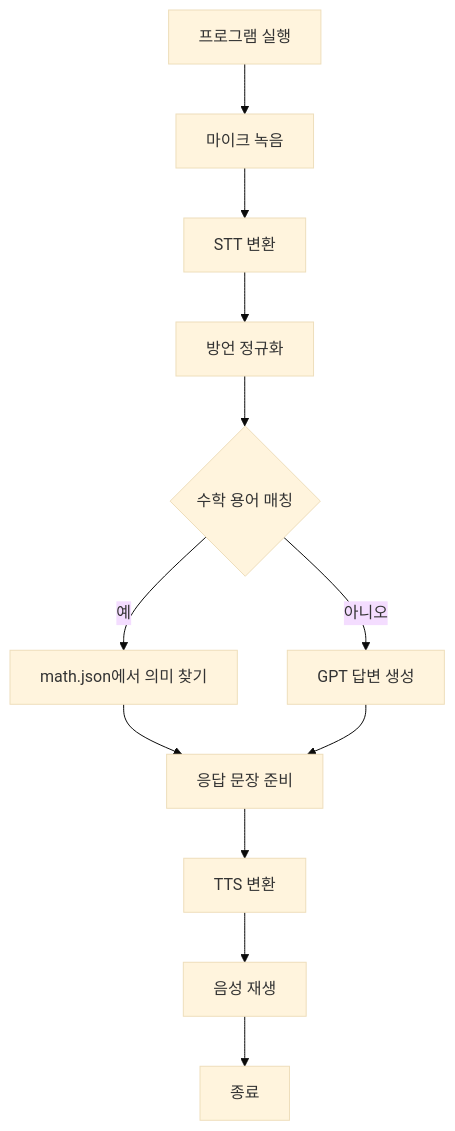
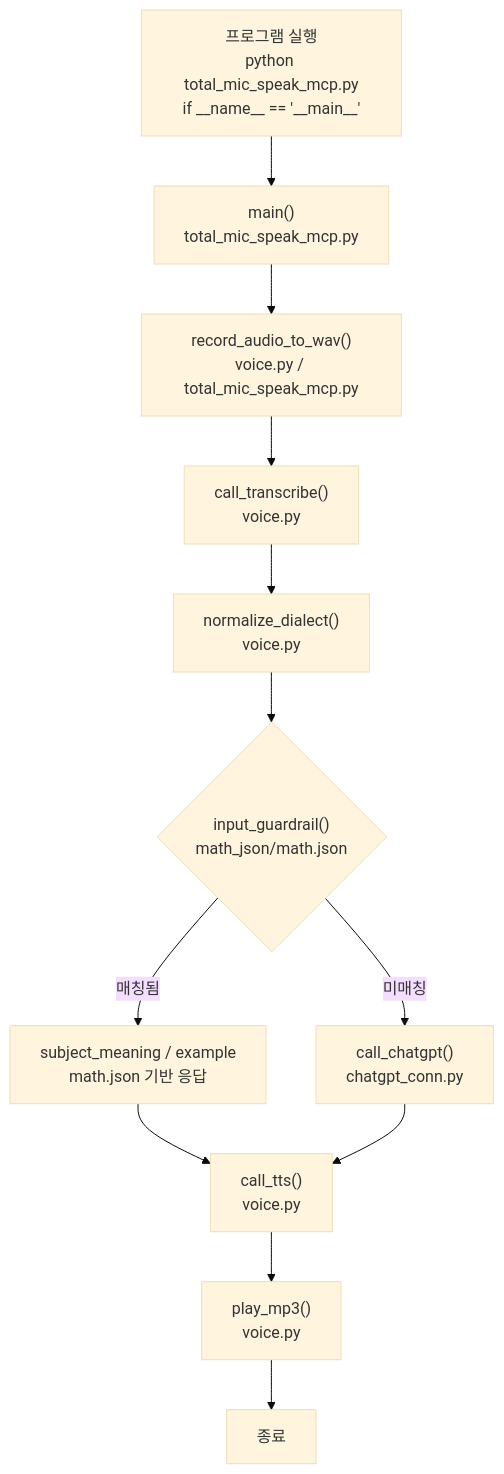
One commit to seongui2030/mathtutor-student changed the diagram in README.md. Above: the diagram before and after it, drawn with Mermaid (base theme). The commit also changed 2 other files, not shown here.

````diff
--- a/README.md
+++ b/README.md
@@ -18,14 +18,14 @@
 ```mermaid
 flowchart TD
-    A[프로그램 실행] --> B[마이크 녹음]
-    B --> C[STT 변환]
-    C --> D[방언 정규화]
-    D --> E{수학 용어 매칭}
-    E -- 예 --> F[math.json에서 의미 찾기]
-    E -- 아니오 --> G[GPT 답변 생성]
-    F --> H[응답 문장 준비]
-    G --> H
-    H --> I[TTS 변환]
-    I --> J[음성 재생]
-    J --> K[종료]
+    A["프로그램 실행<br/>python total_mic_speak_mcp.py<br/>if __name__ == '__main__'"] --> B["main()<br/>total_mic_speak_mcp.py"]
+    B --> C["record_audio_to_wav()<br/>voice.py / total_mic_speak_mcp.py"]
+    C --> D["call_transcribe()<br/>voice.py"]
+    D --> E["normalize_dialect()<br/>voice.py"]
+    E --> F{"input_guardrail()<br/>math_json/math.json"}
+    F -- 매칭됨 --> G["subject_meaning / example<br/>math.json 기반 응답"]
+    F -- 미매칭 --> H["call_chatgpt()<br/>chatgpt_conn.py"]
+    G --> I["call_tts()<br/>voice.py"]
+    H --> I
+    I --> J["play_mp3()<br/>voice.py"]
+    J --> K["종료"]
 ```
````
